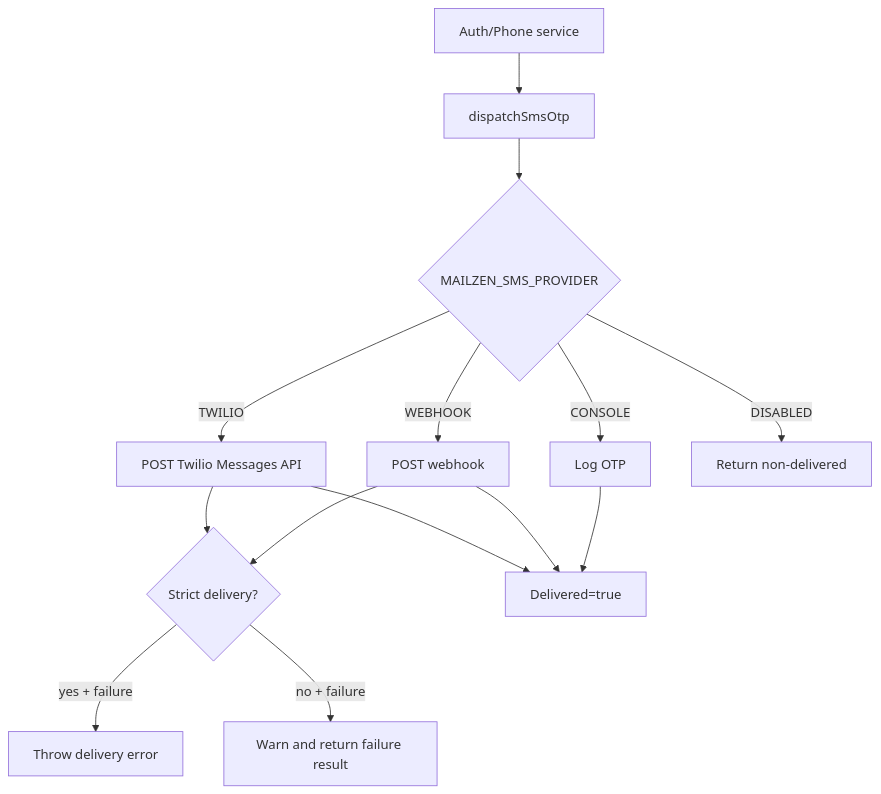
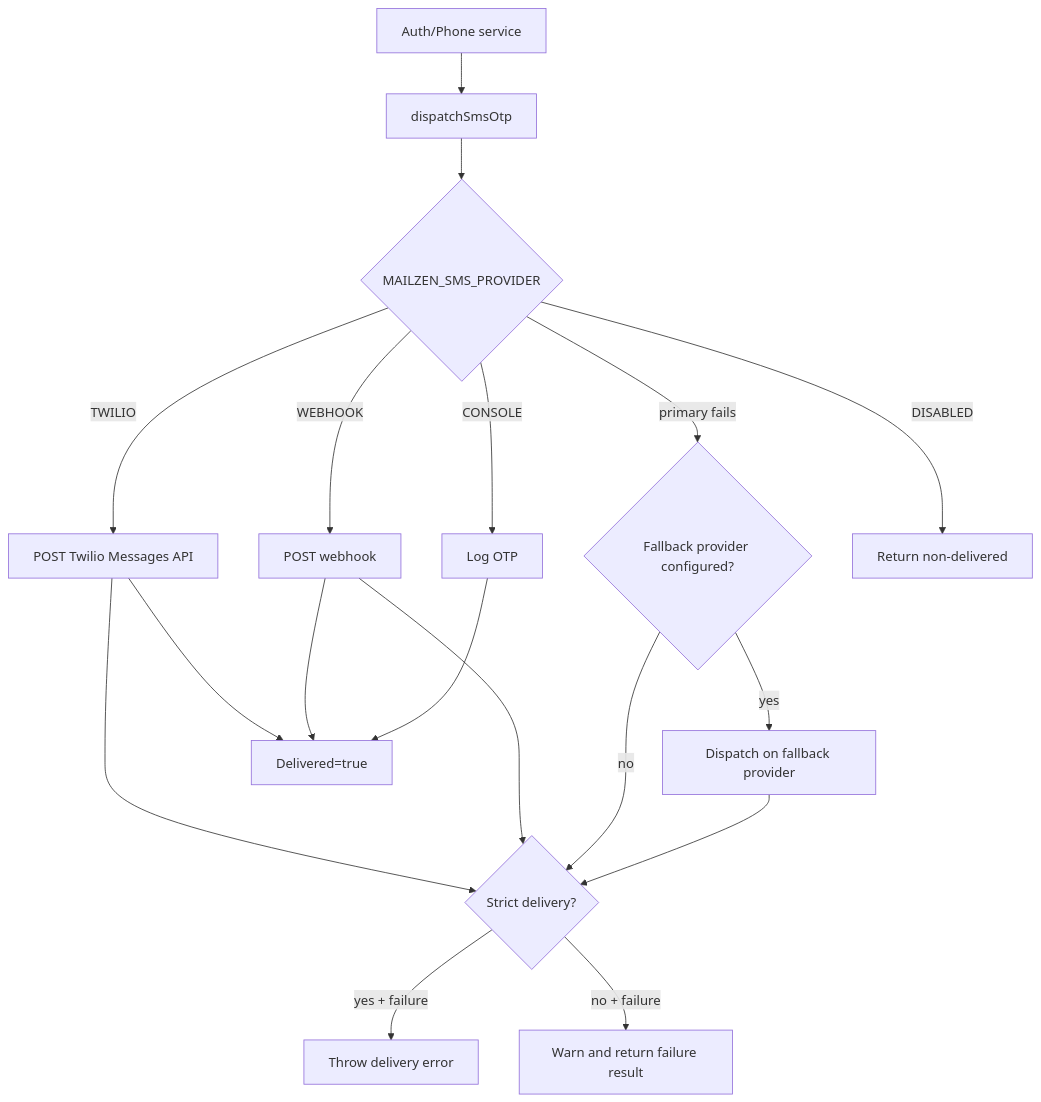
Before and after one commit to AmanVatsSharma/MailZen-Smart-Email-Management: the diagram in apps/backend/src/common/sms/README.md, drawn with Mermaid. The commit also changed other lines of this file and 5 other files, not shown here.

Commit message:
Add SMS provider fallback chain support

````diff
--- a/apps/backend/src/common/sms/README.md
+++ b/apps/backend/src/common/sms/README.md
@@ -53,16 +54,20 @@
 ```mermaid
 flowchart TD
   Service[Auth/Phone service] --> Dispatcher[dispatchSmsOtp]
   Dispatcher --> Provider{MAILZEN_SMS_PROVIDER}
+  Provider -->|primary fails| Fallback{Fallback provider configured?}
   Provider -->|CONSOLE| Console[Log OTP]
   Provider -->|WEBHOOK| Webhook[POST webhook]
   Provider -->|TWILIO| Twilio[POST Twilio Messages API]
   Provider -->|DISABLED| Disabled[Return non-delivered]
+  Fallback -->|yes| FallbackDispatch[Dispatch on fallback provider]
+  FallbackDispatch --> Strict
+  Fallback -->|no| Strict
   Webhook --> Strict{Strict delivery?}
   Twilio --> Strict
   Strict -->|yes + failure| Throw[Throw delivery error]
   Strict -->|no + failure| Warn[Warn and return failure result]
   Console --> Success[Delivered=true]
   Webhook --> Success
   Twilio --> Success
 ```
````
